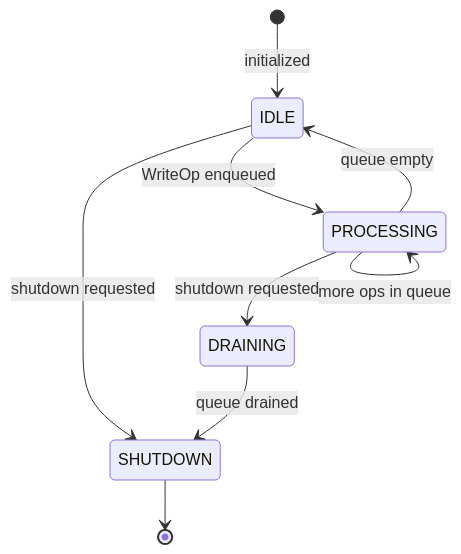
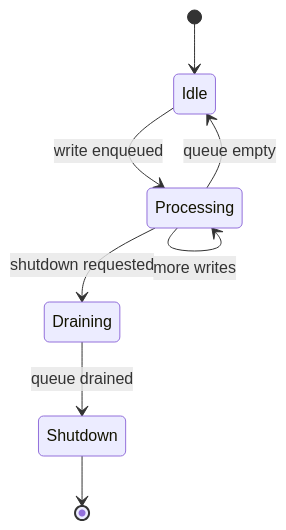
The sixth of 6 diagrams in docs/references/state-machines.md (Hemanthdamineni/foundry), drawn with Mermaid before and after one commit. The commit also changed other lines of this file and 2096 other files, not shown here.

````diff
--- a/docs/references/state-machines.md
+++ b/docs/references/state-machines.md
@@ -137,11 +115,10 @@
 ```mermaid
 stateDiagram-v2
-    [*] --> IDLE : initialized
-    IDLE --> PROCESSING : WriteOp enqueued
-    PROCESSING --> PROCESSING : more ops in queue
-    PROCESSING --> IDLE : queue empty
-    IDLE --> SHUTDOWN : shutdown requested
-    PROCESSING --> DRAINING : shutdown requested
-    DRAINING --> SHUTDOWN : queue drained
-    SHUTDOWN --> [*]
+    [*] --> Idle
+    Idle --> Processing : write enqueued
+    Processing --> Processing : more writes
+    Processing --> Idle : queue empty
+    Processing --> Draining : shutdown requested
+    Draining --> Shutdown : queue drained
+    Shutdown --> [*]
 ```
````
